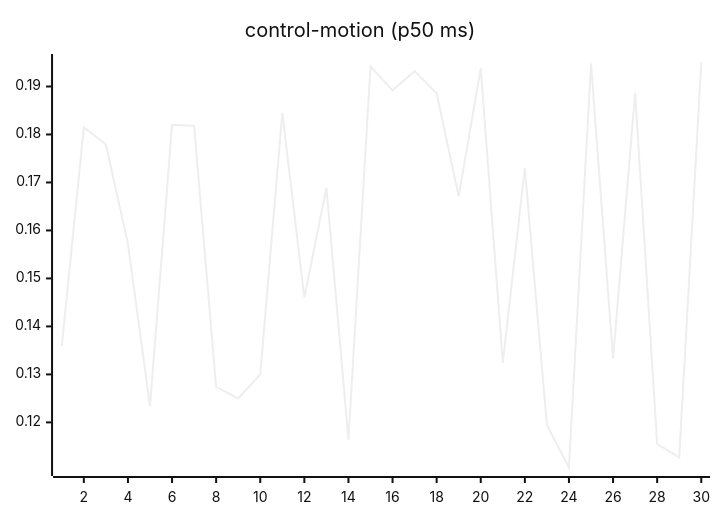
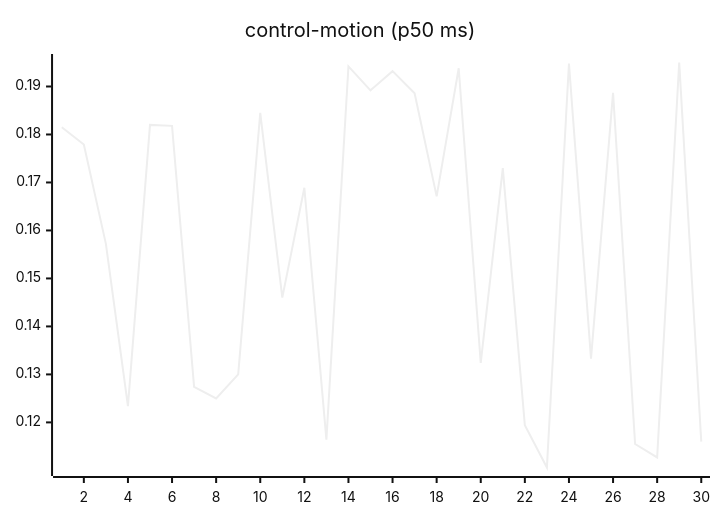
One commit to josha/Facet changed the seventh of 27 diagrams in README.md. Above: the diagram before and after it, drawn with Mermaid (neutral theme). The commit also changed other lines of this file and 2 other files, not shown here.

````diff
--- a/README.md
+++ b/README.md
@@ -105,6 +105,6 @@
 ```mermaid
 xychart-beta
     title "control-motion (p50 ms)"
     x-axis 1 --> 30
-    line [0.1359, 0.1815, 0.1779, 0.1572, 0.1234, 0.1820, 0.1818, 0.1274, 0.1250, 0.1300, 0.1845, 0.1460, 0.1689, 0.1164, 0.1942, 0.1892, 0.1932, 0.1886, 0.1671, 0.1938, 0.1324, 0.1730, 0.1194, 0.1106, 0.1948, 0.1333, 0.1887, 0.1155, 0.1127, 0.1950]
+    line [0.1815, 0.1779, 0.1572, 0.1234, 0.1820, 0.1818, 0.1274, 0.1250, 0.1300, 0.1845, 0.1460, 0.1689, 0.1164, 0.1942, 0.1892, 0.1932, 0.1886, 0.1671, 0.1938, 0.1324, 0.1730, 0.1194, 0.1106, 0.1948, 0.1333, 0.1887, 0.1155, 0.1127, 0.1950, 0.1160]
 ```
````
